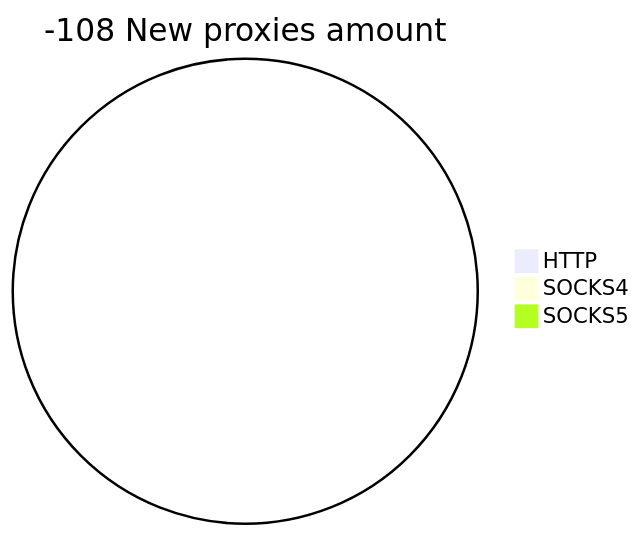
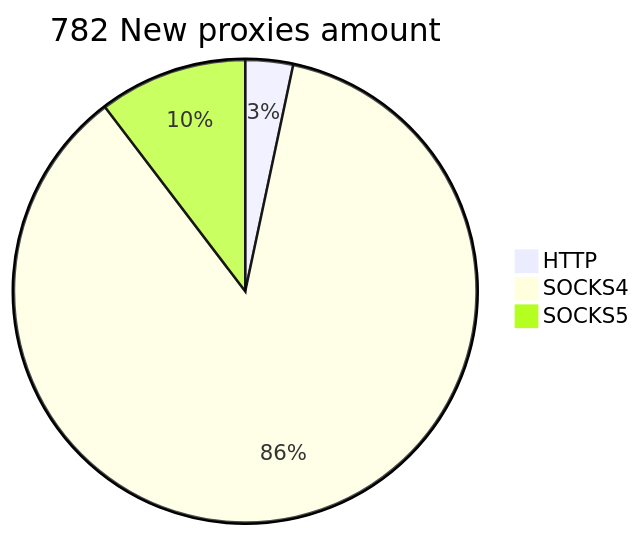
One commit to cutipu/proxylist changed the second of 2 diagrams in README.md. Above: the diagram before and after it, drawn with Mermaid. The commit also changed other lines of this file, not shown here.

````diff
--- a/README.md
+++ b/README.md
@@ -10,6 +10,6 @@
 ```mermaid
-pie title -108 New proxies amount
-    "HTTP" : 0
-    "SOCKS4" : 0
-    "SOCKS5" : 0
+pie title 782 New proxies amount
+    "HTTP" : 26
+    "SOCKS4" : 675
+    "SOCKS5" : 81
 ```
````
